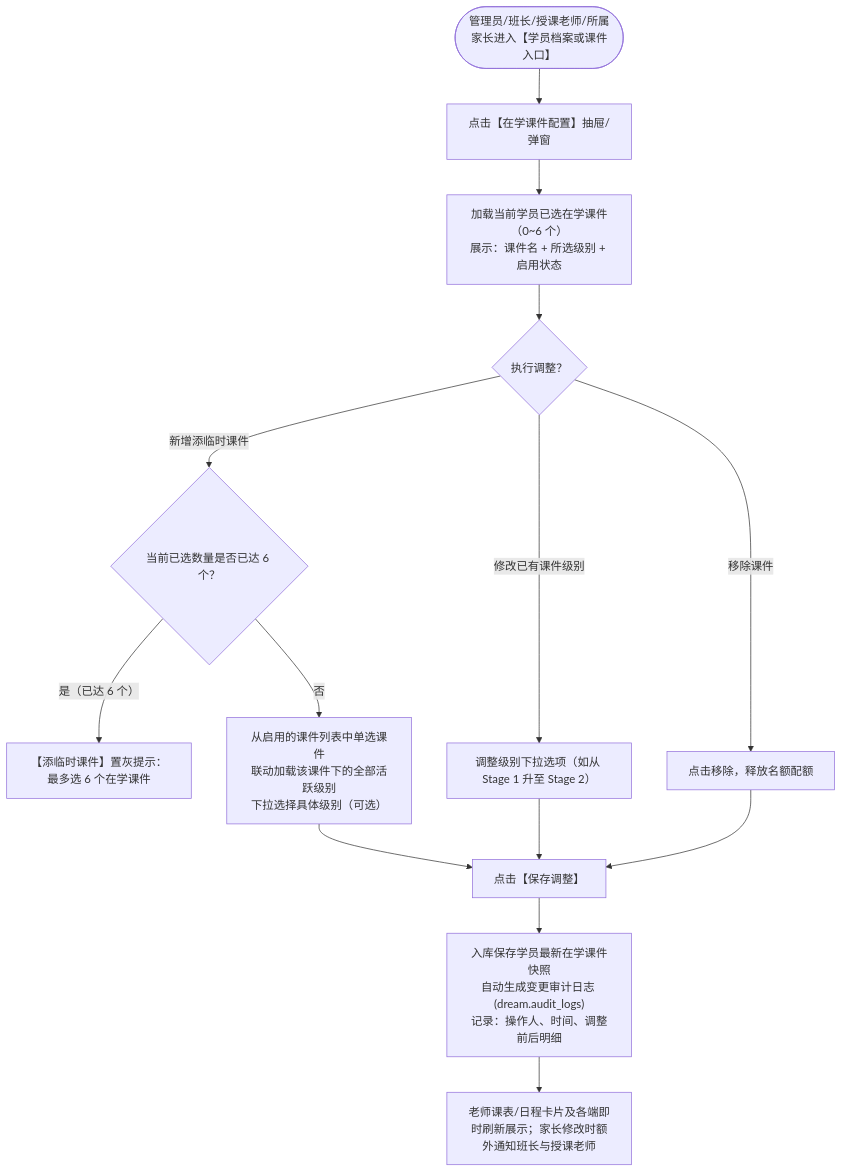
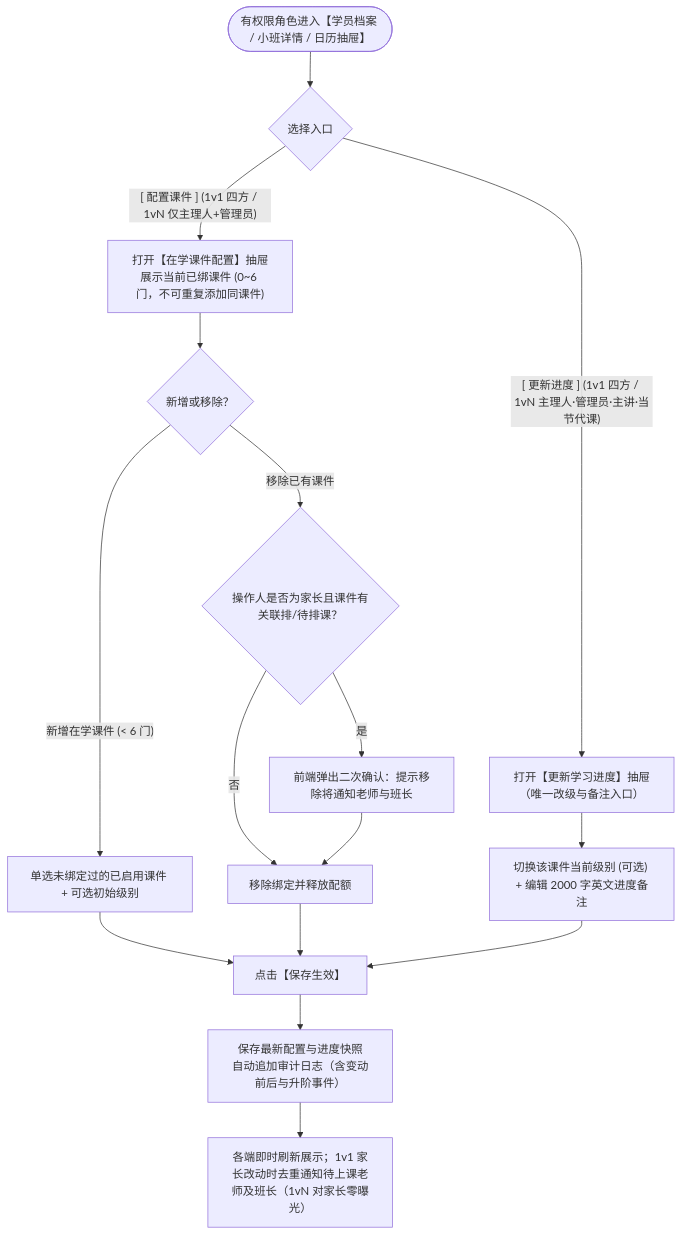
One commit to Onezao/dream changed the second of 5 diagrams in docs/prd/m1e_courseware.md. Above: the diagram before and after it, drawn with Mermaid. The commit also changed other lines of this file and 38 other files, not shown here.

````diff
--- a/docs/prd/m1e_courseware.md
+++ b/docs/prd/m1e_courseware.md
@@ -88,21 +96,21 @@
 ```mermaid
 flowchart TD
-    MonitorStart(["管理员/班长/授课老师/所属家长进入【学员档案或课件入口】"]) --> OpenCoursewareDrawer["点击【在学课件配置】抽屉/弹窗"]
-    OpenCoursewareDrawer --> LoadActiveList["加载当前学员已选在学课件（0~6 个）<br/>展示：课件名 + 所选级别 + 启用状态"]
+    Entry(["有权限角色进入【学员档案 / 小班详情 / 日历抽屉】"]) --> ActionBranch{"选择入口"}
     
-    LoadActiveList --> EditAction{"执行调整？"}
+    ActionBranch -->|"[ 配置课件 ] (1v1 四方 / 1vN 仅主理人+管理员)"| OpenConfig["打开【在学课件配置】抽屉<br/>展示当前已绑课件 (0~6 门，不可重复添加同课件)"]
+    OpenConfig --> ConfigOp{"新增或移除？"}
+    ConfigOp -->|"新增在学课件 (< 6 门)"| PickCW["单选未绑定过的已启用课件 + 可选初始级别"]
+    ConfigOp -->|"移除已有课件"| CheckParentWarn{"操作人是否为家长且课件有关联排/待排课？"}
+    CheckParentWarn -->|"是"| ConfirmRemove["前端弹出二次确认：提示移除将通知老师与班长"]
+    CheckParentWarn -->|"否"| DoRemove["移除绑定并释放配额"]
+    ConfirmRemove --> DoRemove
+    PickCW --> SaveConfig["点击【保存生效】"]
+    DoRemove --> SaveConfig
     
-    EditAction -->|"新增添临时课件"| CheckLimit{"当前已选数量是否已达 6 个？"}
-    CheckLimit -->|"是（已达 6 个）"| DisableAdd["【添临时课件】置灰提示：最多选 6 个在学课件"]
-    CheckLimit -->|"否"| SelectCourseware["从启用的课件列表中单选课件<br/>联动加载该课件下的全部活跃级别<br/>下拉选择具体级别（可选）"]
+    ActionBranch -->|"[ 更新进度 ] (1v1 四方 / 1vN 主理人·管理员·主讲·当节代课)"| OpenProgress["打开【更新学习进度】抽屉（唯一改级与备注入口）"]
+    OpenProgress --> EditLP["切换该课件当前级别 (可选) + 编辑 2000 字英文进度备注"]
+    EditLP --> SaveConfig
     
-    EditAction -->|"修改已有课件级别"| ChangeLevel["调整级别下拉选项（如从 Stage 1 升至 Stage 2）"]
-    EditAction -->|"移除课件"| RemoveItem["点击移除，释放名额配额"]
-    
-    SelectCourseware --> ConfirmSave["点击【保存调整】"]
-    ChangeLevel --> ConfirmSave
-    RemoveItem --> ConfirmSave
-    
-    ConfirmSave --> SaveAuditLog["入库保存学员最新在学课件快照<br/>自动生成变更审计日志 (dream.audit_logs)<br/>记录：操作人、时间、调整前后明细"]
-    SaveAuditLog --> BroadcastUpdate["老师课表/日程卡片及各端即时刷新展示；家长修改时额外通知班长与授课老师"]
+    SaveConfig --> SaveAuditLog["保存最新配置与进度快照<br/>自动追加审计日志（含变动前后与升阶事件）"]
+    SaveAuditLog --> BroadcastUpdate["各端即时刷新展示；1v1 家长改动时去重通知待上课老师及班长（1vN 对家长零曝光）"]
 ```
````
